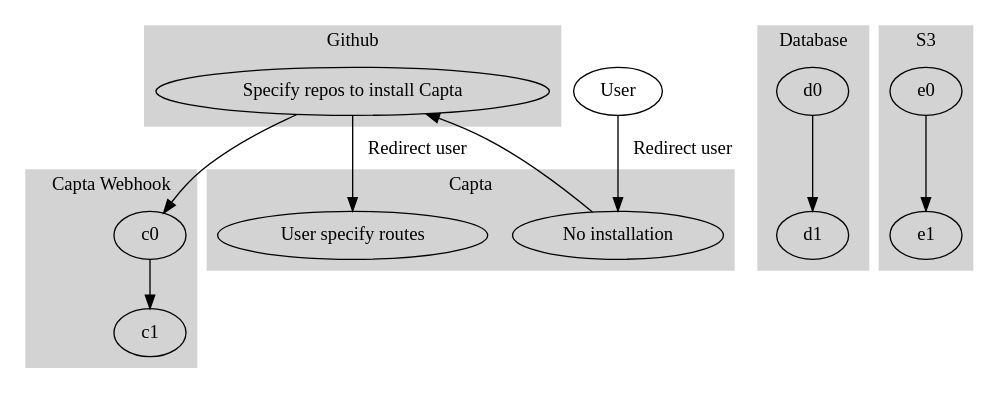
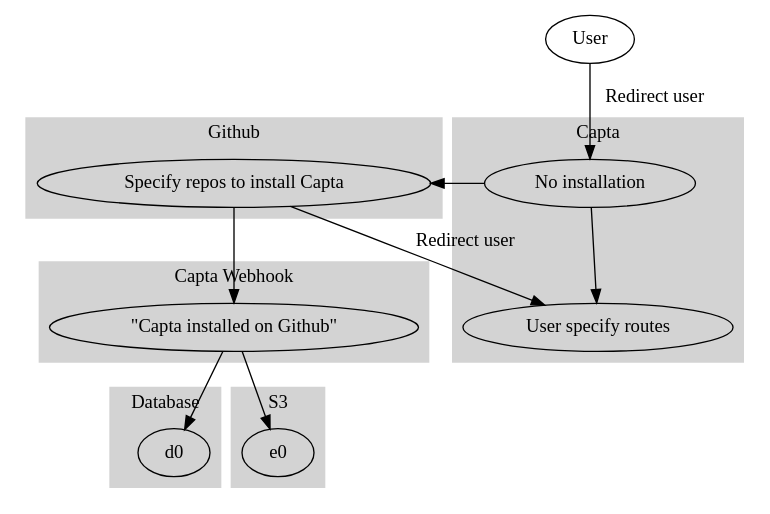
The diagram in github_integration.gv (rickyyean/blog1), drawn with Graphviz before and after one commit.

```diff
--- a/github_integration.gv
+++ b/github_integration.gv
@@ -1,43 +1,47 @@
 digraph G {
   subgraph cluster_github {
     label = "Github";
     style=filled; color=lightgrey;
 
     a0;
   }
   subgraph cluster_capta {
     label = "Capta";
     color=lightgrey; style=filled;
     
-    b0; b1;
+    b0 -> b1;
   }
   subgraph cluster_capta_webhook {
     label = "Capta Webhook";
     color=lightgrey; style=filled;
 
-    c0 -> c1;
+    c0;
   }
   subgraph cluster_db {
     label = "Database";
     color=lightgrey; style=filled;
     
-    d0 -> d1;
+    d0;
   }
   subgraph cluster_s3 {
     label="S3";
     color=lightgrey; style=filled;
     
-    e0 -> e1;
+    e0;
   }
 
   User -> b0 [label="Redirect user"];
   b0 [label="No installation"];
 
   b0 -> a0;
   a0 [label="Specify repos to install Capta"];
   
   a0 -> b1 [label="Redirect user"];
-  b1 [label="User specify routes"];
+  b1 [label="User specify routes"]; /* Clarify */
   
-  a0 -> c0;
+  a0 -> c0; /* Update DB. Sync Repo to S3 */
+  c0 [label="\"Capta installed on Github\""];
+  
+  c0 -> d0;
+  c0 -> e0;
 }
```
